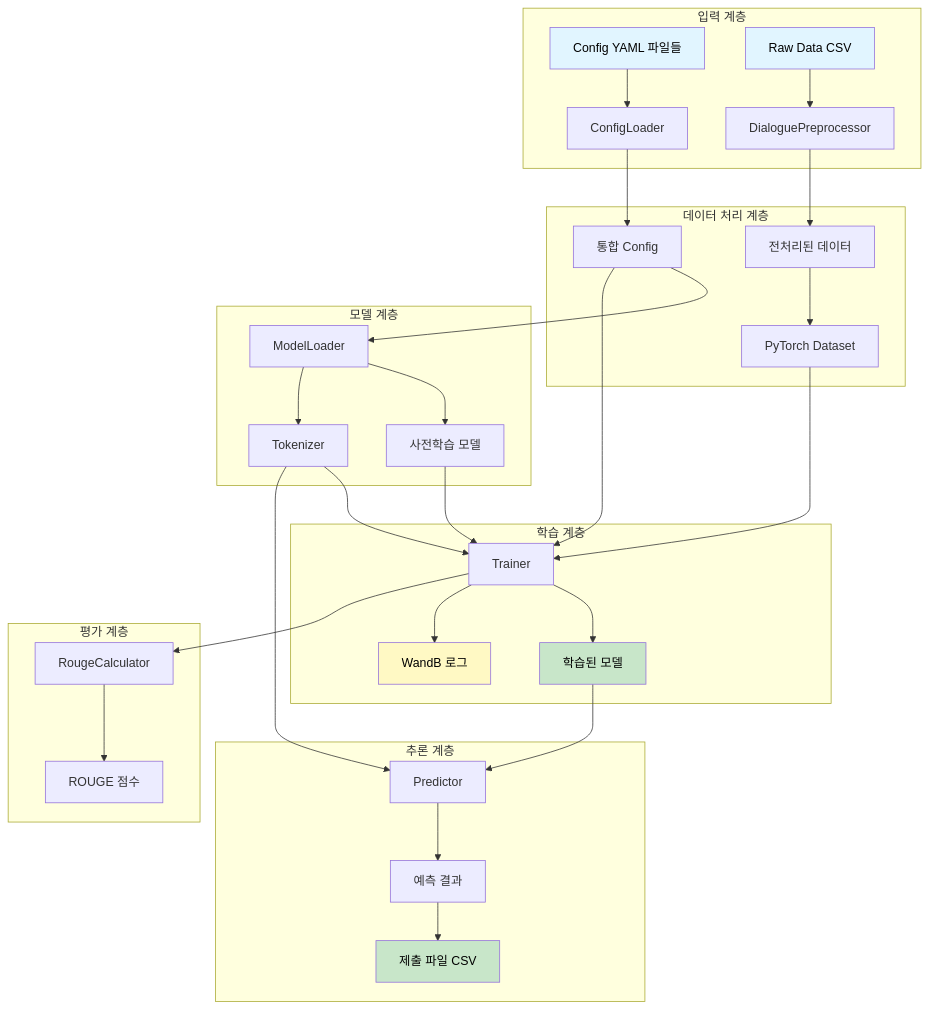
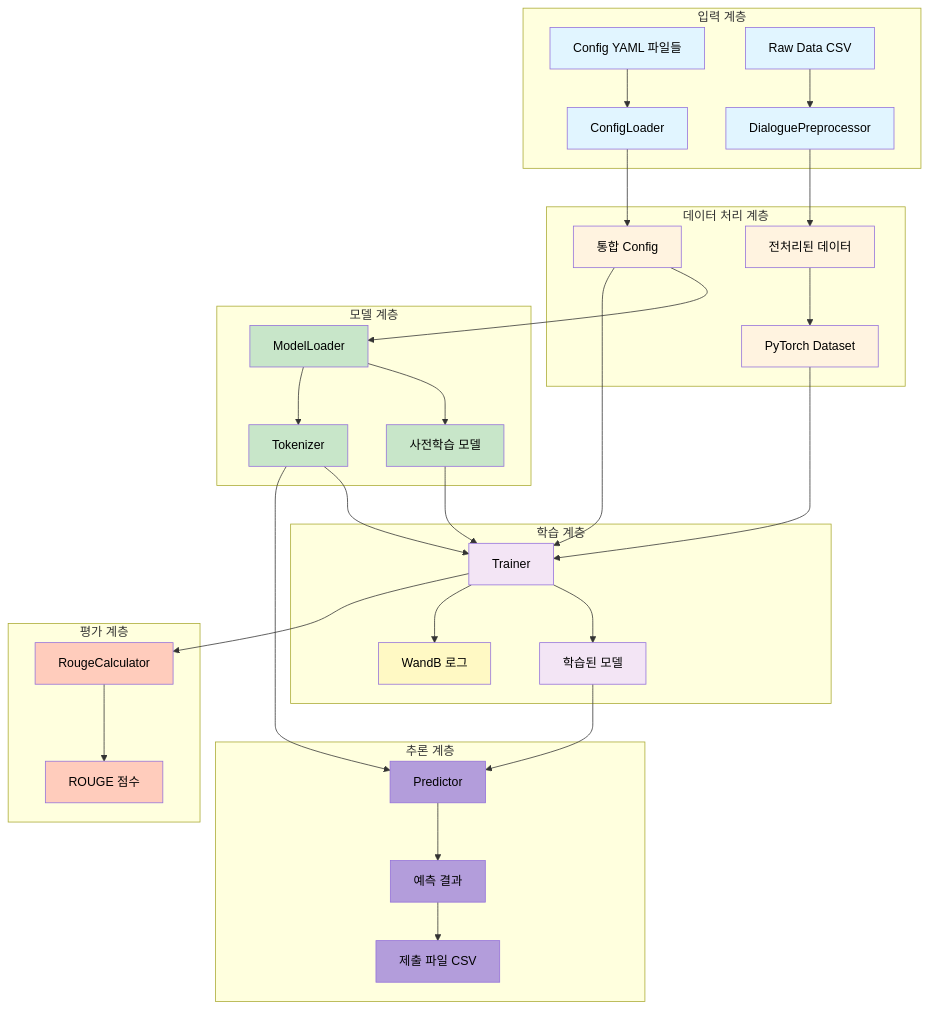
One commit to AIBootcamp14/naturallanguageprocessingcompetition-nlp-1 changed the first of 5 diagrams in docs/모듈화/02_핵심_시스템.md. Above: the diagram before and after it, drawn with Mermaid. The commit also changed 1 other file, not shown here.

Commit message:
docs: Mermaid 다이어그램에 색상 스타일 적용
모든 Mermaid 다이어그램에 적절한 색상 스타일을 추가하여 가독성을 향상시켰습니다.

변경 사항:
- 02_핵심_시스템.md: 첫 번째 graph TB 다이어그램에 계층별 색상 적용
- 06_데이터_파이프라인.md: DialoguePreprocessor와 Dataset classDiagram에 색상 추가

색상 스키마:
- 입력 계층: #e1f5ff (light blue)
- 데이터 처리 계층: #fff3e0 (light orange)
- 모델 계층: #c8e6c9 (light green)
- 학습 계층: #f3e5f5 (light purple)
- 평가 계층: #ffccbc (light coral)
- 추론 계층: #b39ddb (medium purple)

기타 다이어그램(10_추론_최적화.md, README.md)은 이미 색상이 적용되어 있음을 확인.

````diff
--- a/docs/모듈화/02_핵심_시스템.md
+++ b/docs/모듈화/02_핵심_시스템.md
@@ -35,46 +35,59 @@
 ```mermaid
 graph TB
     subgraph "입력 계층"
         A[Config YAML 파일들] --> B[ConfigLoader]
         C[Raw Data CSV] --> D[DialoguePreprocessor]
     end
 
     subgraph "데이터 처리 계층"
         B --> E[통합 Config]
         D --> F[전처리된 데이터]
         F --> G[PyTorch Dataset]
     end
 
     subgraph "모델 계층"
         E --> H[ModelLoader]
         H --> I[사전학습 모델]
         H --> J[Tokenizer]
     end
 
     subgraph "학습 계층"
         G --> K[Trainer]
         I --> K
         J --> K
         E --> K
         K --> L[학습된 모델]
         K --> M[WandB 로그]
     end
 
     subgraph "평가 계층"
         K --> N[RougeCalculator]
         N --> O[ROUGE 점수]
     end
 
     subgraph "추론 계층"
         L --> P[Predictor]
         J --> P
         P --> Q[예측 결과]
         Q --> R[제출 파일 CSV]
     end
 
     style A fill:#e1f5ff,color:#000
+    style B fill:#e1f5ff,color:#000
     style C fill:#e1f5ff,color:#000
-    style L fill:#c8e6c9,color:#000
-    style R fill:#c8e6c9,color:#000
+    style D fill:#e1f5ff,color:#000
+    style E fill:#fff3e0,color:#000
+    style F fill:#fff3e0,color:#000
+    style G fill:#fff3e0,color:#000
+    style H fill:#c8e6c9,color:#000
+    style I fill:#c8e6c9,color:#000
+    style J fill:#c8e6c9,color:#000
+    style K fill:#f3e5f5,color:#000
+    style L fill:#f3e5f5,color:#000
     style M fill:#fff9c4,color:#000
+    style N fill:#ffccbc,color:#000
+    style O fill:#ffccbc,color:#000
+    style P fill:#b39ddb,color:#000
+    style Q fill:#b39ddb,color:#000
+    style R fill:#b39ddb,color:#000
 ```
````
